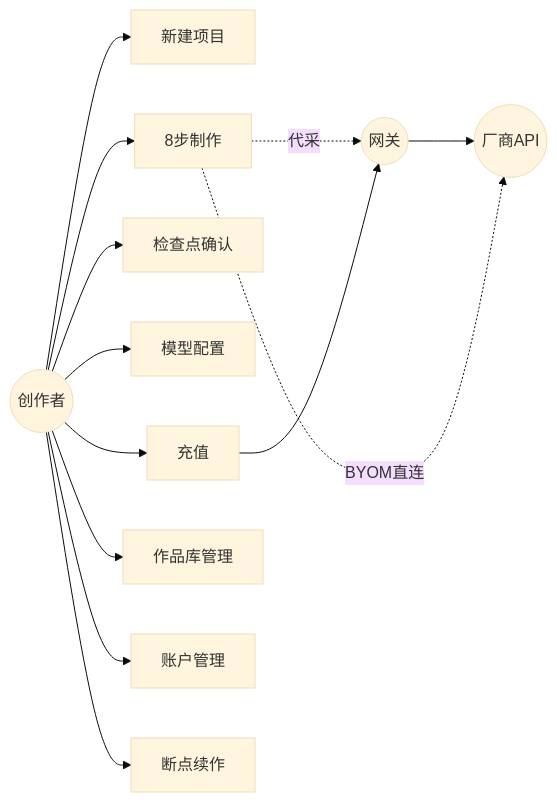
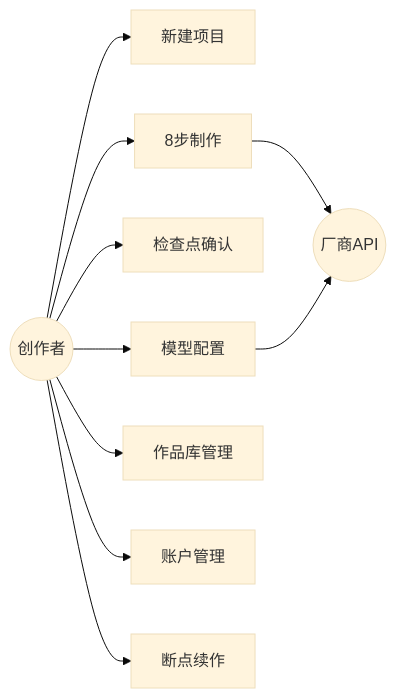
The second of 9 diagrams in docs/鲸鲨漫剧-系统设计方案-合订本-v3.1.md (kujirashark/WhaleJu), drawn with Mermaid (base theme) before and after one commit. The commit also changed other lines of this file and 98 other files, not shown here.

````diff
--- a/docs/鲸鲨漫剧-系统设计方案-合订本-v3.1.md
+++ b/docs/鲸鲨漫剧-系统设计方案-合订本-v3.1.md
@@ -68,7 +67,6 @@
 ```mermaid
 flowchart LR
-    U((创作者)) --> UC1[新建项目] & UC2[8步制作] & UC3[检查点确认] & UC4[模型配置] & UC5[充值] & UC6[作品库管理] & UC7[账户管理] & UC8[断点续作]
-    UC2 -.代采.-> GW((网关)) --> P((厂商API))
-    UC2 -.BYOM直连.-> P
-    UC5 --> GW
+    U((创作者)) --> UC1[新建项目] & UC2[8步制作] & UC3[检查点确认] & UC4[模型配置] & UC6[作品库管理] & UC7[账户管理] & UC8[断点续作]
+    UC2 --> P((厂商API))
+    UC4 --> P
 ```
````
